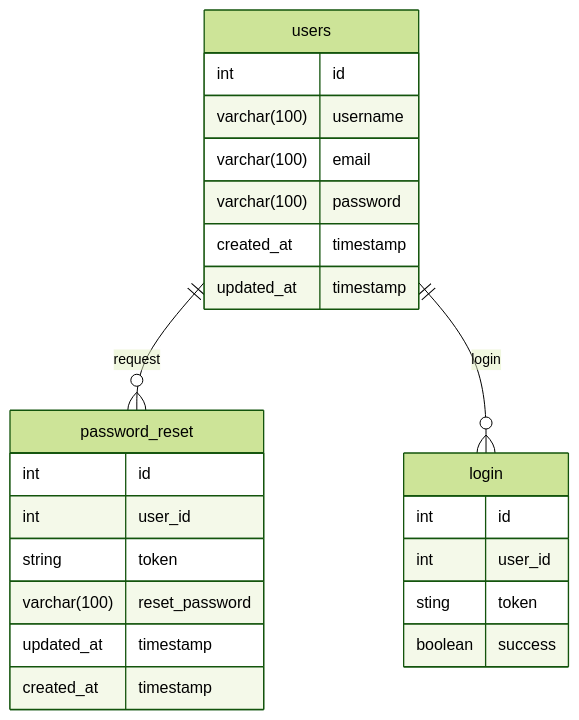
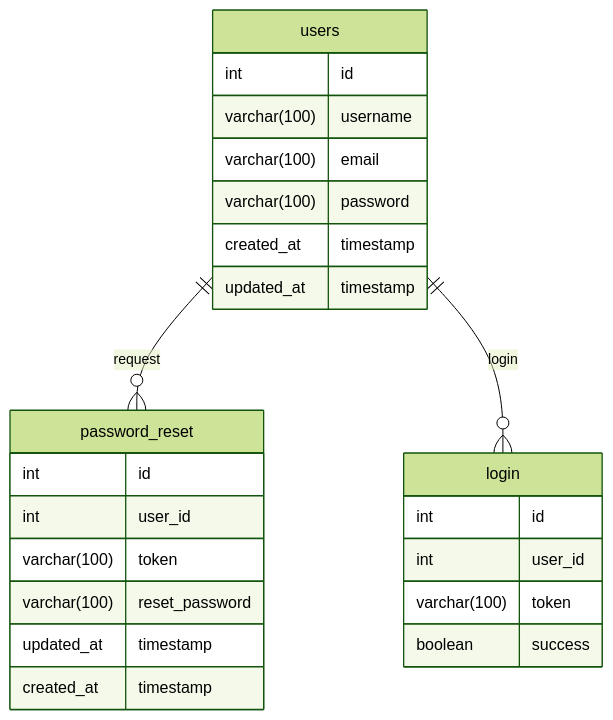
Before and after one commit to MohamadDimasPrayoga1010/koda-b4-db4: the diagram in README.md, drawn with Mermaid (forest theme).

Commit message:
refactor: fix typo

````diff
--- a/README.md
+++ b/README.md
@@ -3,33 +3,33 @@
 ```mermaid
 erDiagram
 
 users{
     int id
     varchar(100) username
     varchar(100) email
     varchar(100) password
     created_at timestamp
     updated_at timestamp
 }
 
 password_reset{
     int id
     int user_id
-    string token
+    varchar(100) token
     varchar(100) reset_password
     updated_at timestamp
     created_at timestamp
 }
 
 login{
     int id
     int user_id
-    sting token
+    varchar(100) token
     boolean success
 }
 
 users ||--o{ password_reset : "request"
 users ||--o{ login : "login"
 
 
 ```
````
